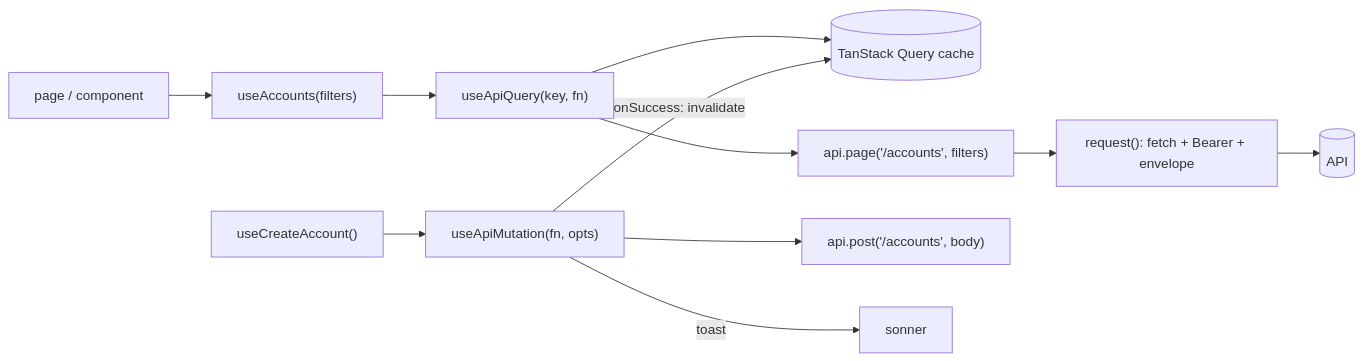
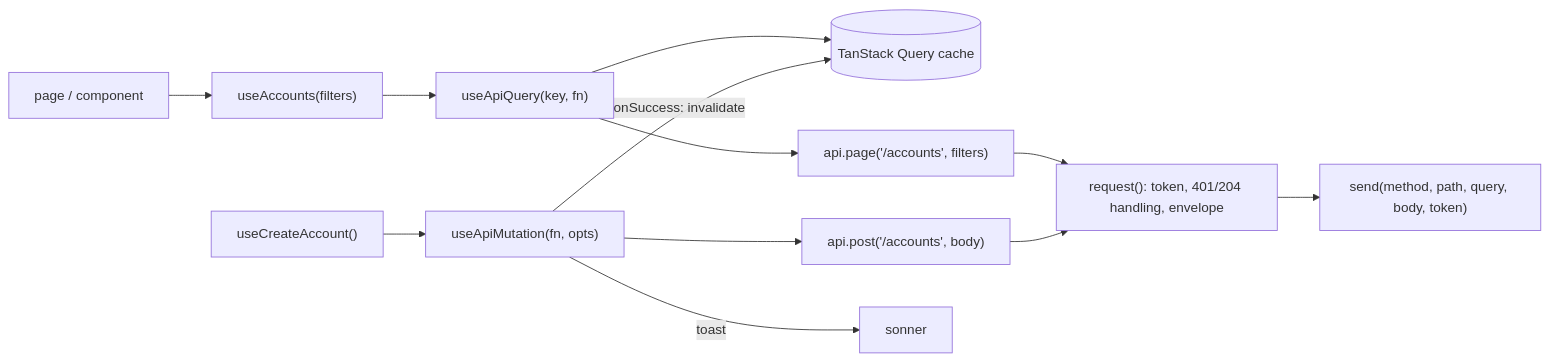
One commit to adarsh-dev-hs/sell-easy-docs changed the first of 2 diagrams in content/docs/engineering/frontend/data-layer.mdx. Above: the diagram before and after it, drawn with Mermaid. The commit also changed other lines of this file and 56 other files, not shown here.

````diff
--- a/content/docs/engineering/frontend/data-layer.mdx
+++ b/content/docs/engineering/frontend/data-layer.mdx
@@ -35,13 +35,14 @@
 ```mermaid
 flowchart LR
   Page["page / component"] --> Hook["useAccounts(filters)"]
   Hook --> Q["useApiQuery(key, fn)"]
   Q --> RQ[("TanStack Query cache")]
   Q --> C["api.page('/accounts', filters)"]
-  C --> F["request(): fetch + Bearer + envelope"]
-  F --> API[("API")]
+  C --> F["request(): token, 401/204 handling, envelope"]
+  F --> SEND["send(method, path, query, body, token)"]
   Mut["useCreateAccount()"] --> M["useApiMutation(fn, opts)"]
   M --> C2["api.post('/accounts', body)"]
+  C2 --> F
   M -- "onSuccess: invalidate" --> RQ
   M -- "toast" --> T["sonner"]
 ```
````
